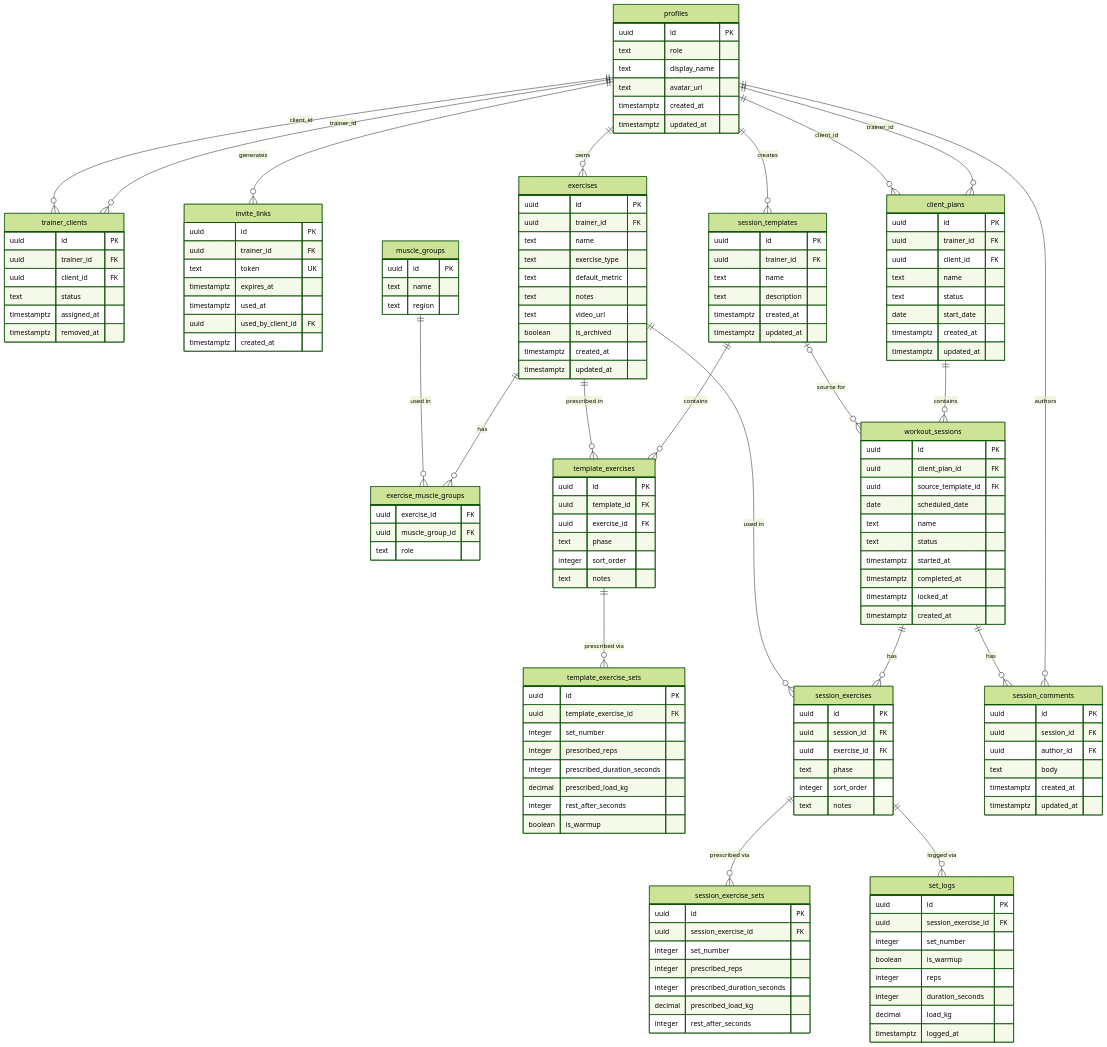
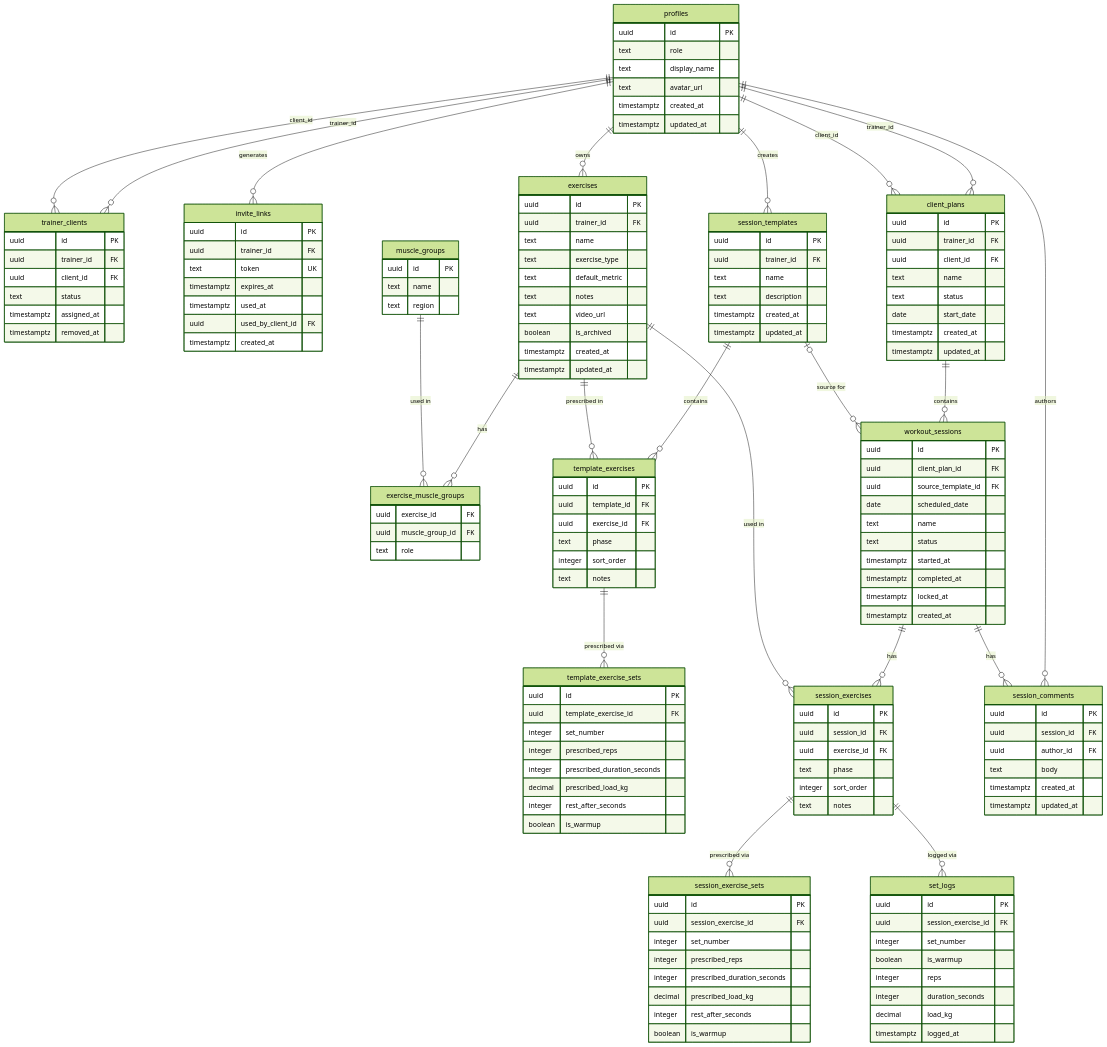
One commit to ZawilecxD/trAInR changed the diagram in docs/ERD.md. Above: the diagram before and after it, drawn with Mermaid (forest theme). The commit also changed other lines of this file and 4 other files, not shown here.

First line of the commit message:
feat(warmup-working-flag): integration tests and ERD sync (p4)

```diff
--- a/docs/ERD.md
+++ b/docs/ERD.md
@@ -142,6 +142,7 @@
         integer prescribed_duration_seconds
         decimal prescribed_load_kg
         integer rest_after_seconds
+        boolean is_warmup
     }
 
     set_logs {
```
